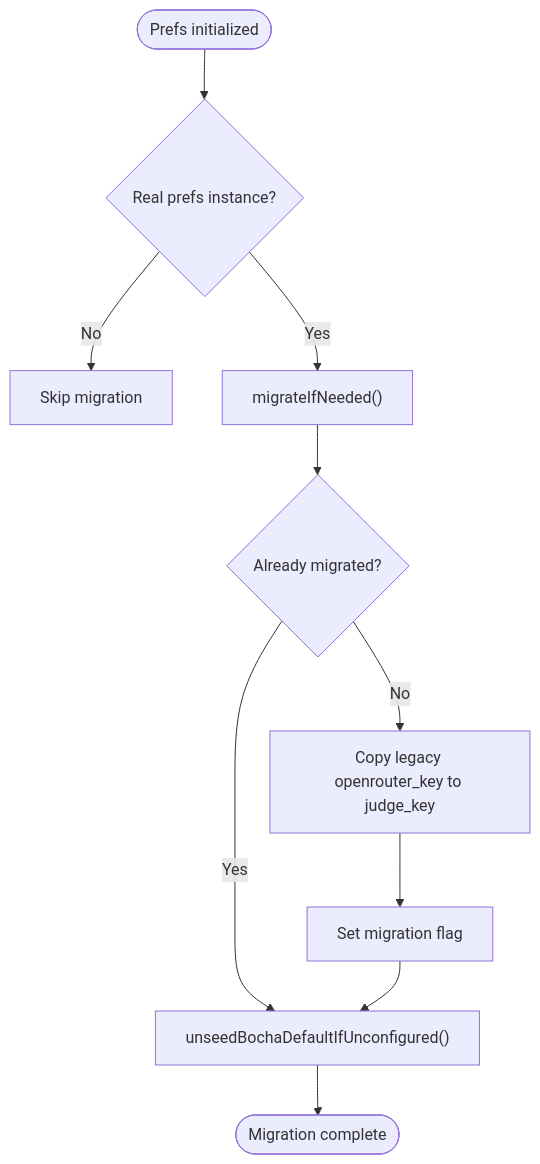
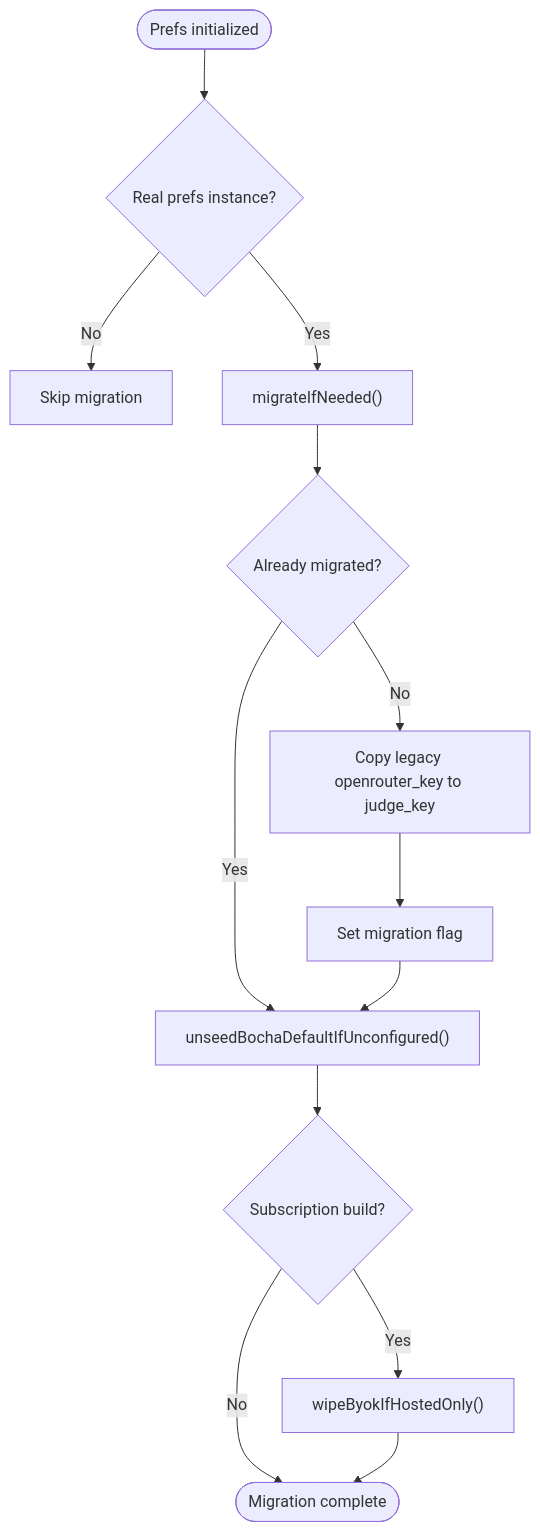
One commit to DeloYong/jev-chat-jarvis changed the fourth of 9 diagrams in .qoder/repowiki/en/content/Configuration Management.md. Above: the diagram before and after it, drawn with Mermaid. The commit also changed other lines of this file and 66 other files, not shown here.

````diff
--- a/.qoder/repowiki/en/content/Configuration Management.md
+++ b/.qoder/repowiki/en/content/Configuration Management.md
@@ -202,12 +234,15 @@
 ```mermaid
 flowchart TD
 Init(["Prefs initialized"]) --> Real{"Real prefs instance?"}
 Real --> |No| Skip["Skip migration"]
 Real --> |Yes| Migrate["migrateIfNeeded()"]
 Migrate --> FlagCheck{"Already migrated?"}
 FlagCheck --> |Yes| Unseed["unseedBochaDefaultIfUnconfigured()"]
 FlagCheck --> |No| CopyLegacy["Copy legacy openrouter_key to judge_key"]
 CopyLegacy --> SetFlag["Set migration flag"]
 SetFlag --> Unseed
-Unseed --> Done(["Migration complete"])
+Unseed --> ByokCheck{"Subscription build?"}
+ByokCheck --> |Yes| WipeKeys["wipeByokIfHostedOnly()"]
+ByokCheck --> |No| Done(["Migration complete"])
+WipeKeys --> Done
 ```
````
